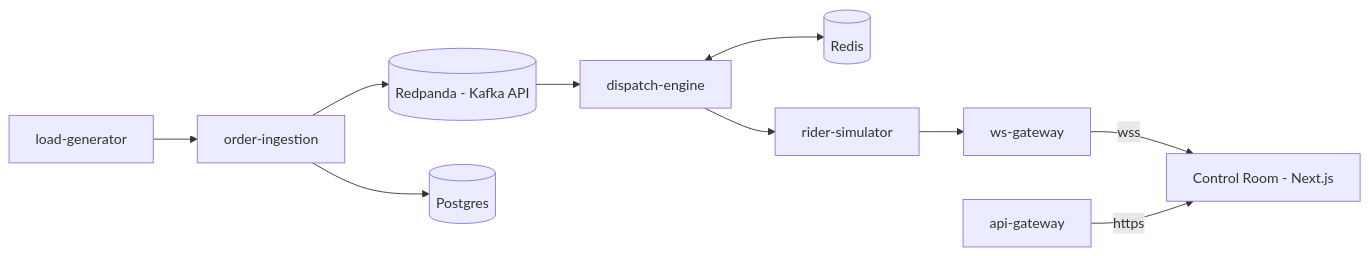
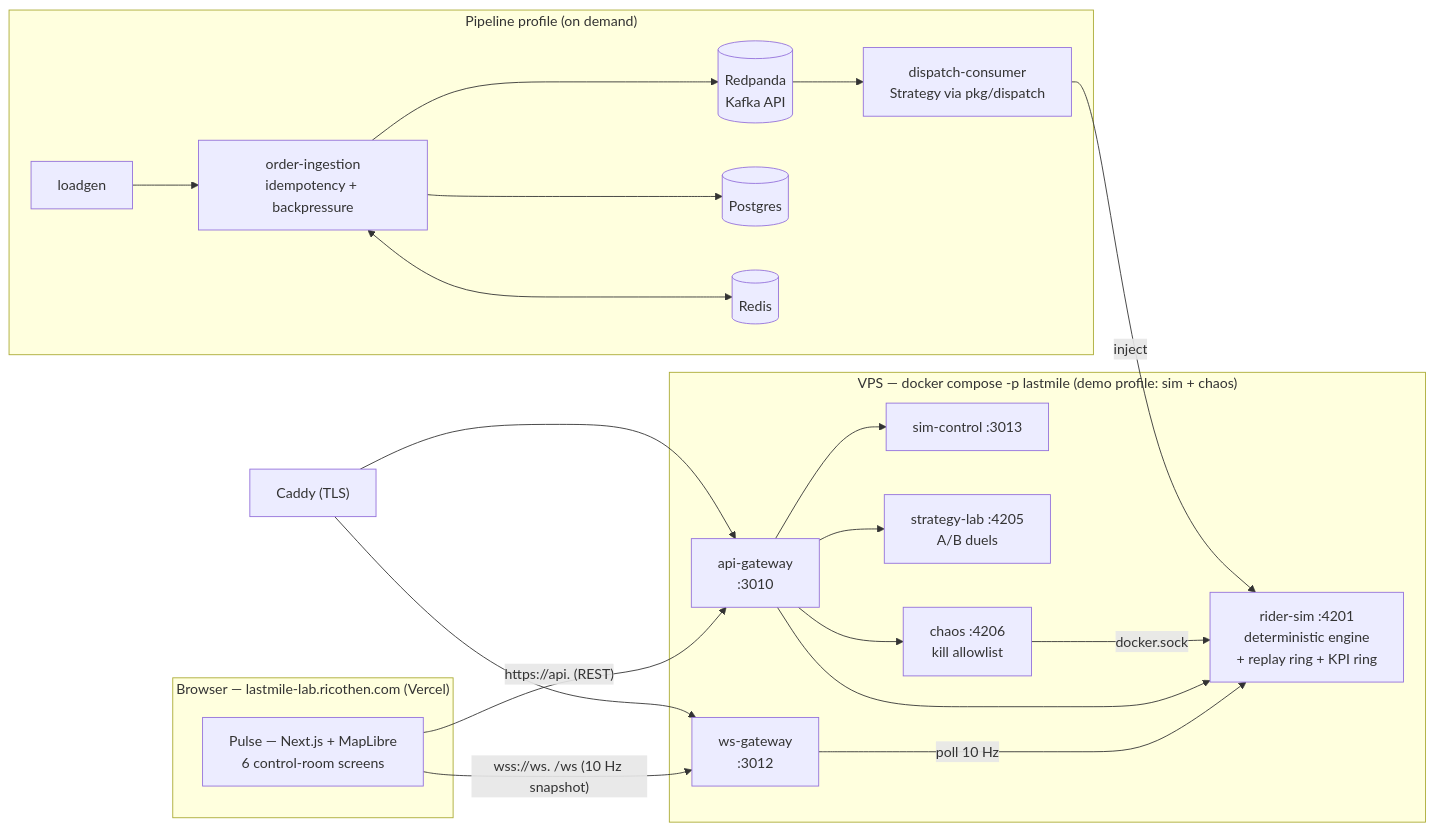
One commit to ricothenfx/lastmile-lab changed the diagram in README.md. Above: the diagram before and after it, drawn with Mermaid. The commit also changed other lines of this file and 10 other files, not shown here.

Commit message:
docs(phase-6): fase 6 selesai — laporan produksi, README final, artikel blog, spec fase 7, ROADMAP/PROGRESS ✅

````diff
--- a/README.md
+++ b/README.md
@@ -30,12 +52,29 @@
 ```mermaid
 flowchart LR
-    LG[load-generator] --> OI[order-ingestion]
-    OI --> K[(Redpanda - Kafka API)]
-    K --> DE[dispatch-engine]
-    DE <--> RD[(Redis)]
-    DE --> RS[rider-simulator]
-    RS --> RG[ws-gateway]
-    OI --> PG[(Postgres)]
-    RG -- wss --> UI[Control Room - Next.js]
-    GW[api-gateway] -- https --> UI
+    subgraph clients ["Browser — lastmile-lab.ricothen.com (Vercel)"]
+        UI["Pulse — Next.js + MapLibre<br/>6 control-room screens"]
+    end
+    UI -- "wss://ws. /ws (10 Hz snapshot)" --> WS
+    UI -- "https://api. (REST)" --> GW
+
+    subgraph vps ["VPS — docker compose -p lastmile (demo profile: sim + chaos)"]
+        WS["ws-gateway<br/>:3012"] -- poll 10 Hz --> RS
+        GW["api-gateway<br/>:3010"] --> RS["rider-sim :4201<br/>deterministic engine<br/>+ replay ring + KPI ring"]
+        GW --> SC["sim-control :3013"]
+        GW --> LAB["strategy-lab :4205<br/>A/B duels"]
+        GW --> CH["chaos :4206<br/>kill allowlist"]
+        CH -- "docker.sock" --> RS
+    end
+
+    subgraph pipeline ["Pipeline profile (on demand)"]
+        LG["loadgen"] --> OI["order-ingestion<br/>idempotency + backpressure"]
+        OI --> K[("Redpanda<br/>Kafka API")]
+        K --> DC["dispatch-consumer<br/>Strategy via pkg/dispatch"]
+        DC -- inject --> RS
+        OI --> PG[("Postgres")]
+        OI <--> RD[("Redis")]
+    end
+
+    CADDY["Caddy (TLS)"] --> GW
+    CADDY --> WS
 ```
````
